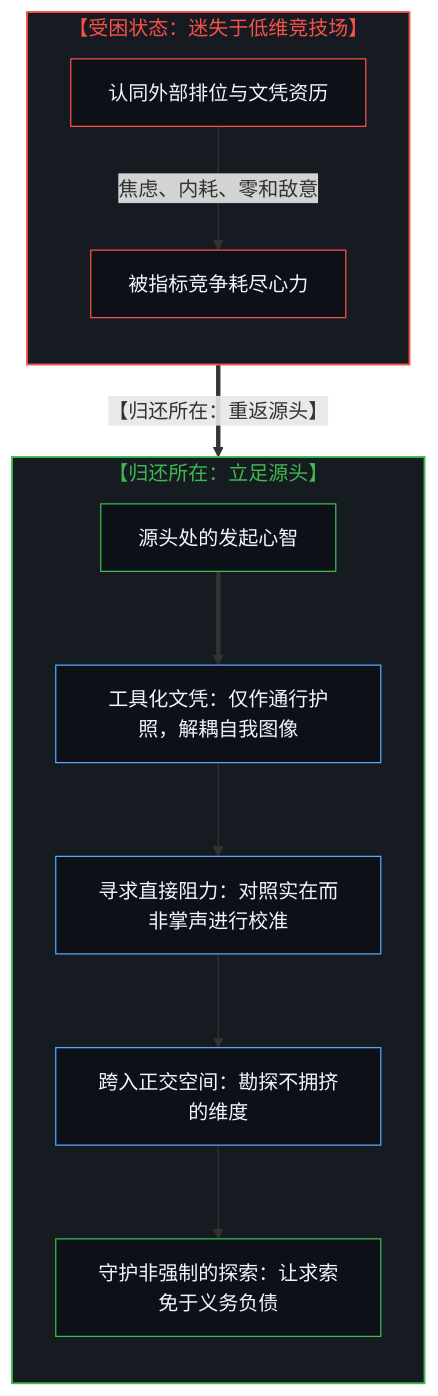
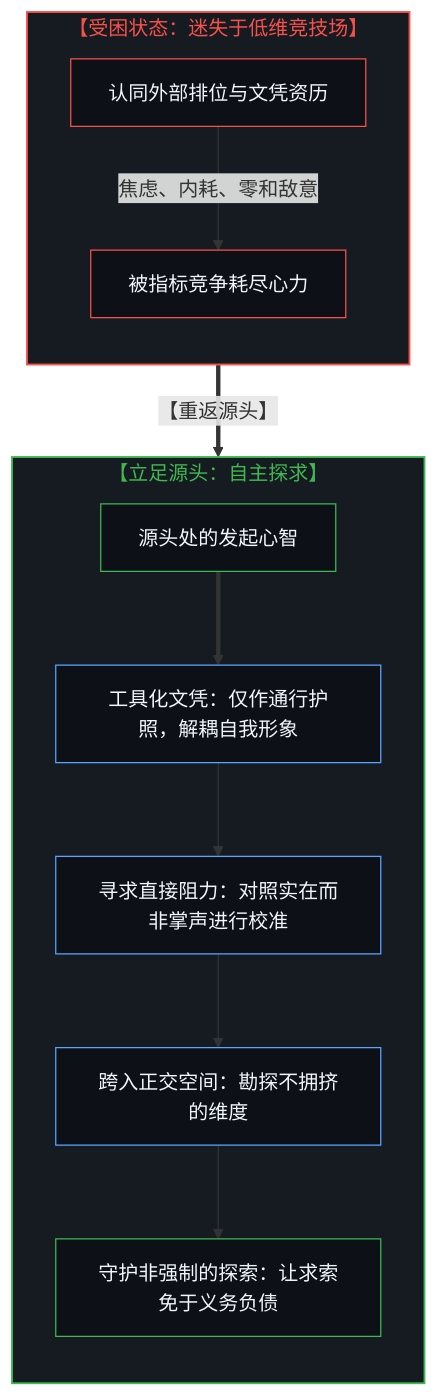
Before and after one commit to powerpig99/not-a-toe: the ninth of 10 diagrams in content/posts/the-reversal-of-education-and-science.md, drawn with Mermaid. The commit also changed other lines of this file and 13 other files, not shown here.

````diff
--- a/content/posts/the-reversal-of-education-and-science.md
+++ b/content/posts/the-reversal-of-education-and-science.md
@@ -397,31 +397,31 @@
 ```mermaid
 flowchart TD
     subgraph S_Trap["【受困状态：迷失于低维竞技场】"]
         direction TB
         TrapMind["认同外部排位与文凭资历"]
         Misery["被指标竞争耗尽心力"]
         TrapMind -->|"焦虑、内耗、零和敌意"| Misery
     end
-    S_Trap ==>|"【归还所在：重返源头】"| S_Sovereign
-    subgraph S_Sovereign["【归还所在：立足源头】"]
+    S_Trap ==>|"【重返源头】"| S_Sovereign
+    subgraph S_Sovereign["【立足源头：自主探求】"]
         direction TB
         SovereignMind["源头处的发起心智"]
-        Step1["工具化文凭：仅作通行护照，解耦自我图像"]
+        Step1["工具化文凭：仅作通行护照，解耦自我形象"]
         Step2["寻求直接阻力：对照实在而非掌声进行校准"]
         Step3["跨入正交空间：勘探不拥挤的维度"]
         Step4["守护非强制的探索：让求索免于义务负债"]
         SovereignMind ==> Step1
         Step1 --> Step2
         Step2 --> Step3
         Step3 --> Step4
     end
     style S_Trap fill:#161b22,stroke:#f85149,stroke-width:1.5px,color:#f85149
     style S_Sovereign fill:#161b22,stroke:#3fb950,stroke-width:1.5px,color:#3fb950
     style TrapMind fill:#0d1117,stroke:#f85149,stroke-width:1px,color:#f0f6fc
     style Misery fill:#0d1117,stroke:#f85149,stroke-width:1px,color:#f0f6fc
     style SovereignMind fill:#0d1117,stroke:#3fb950,stroke-width:1px,color:#f0f6fc
     style Step1 fill:#0d1117,stroke:#58a6ff,stroke-width:1px,color:#f0f6fc
     style Step2 fill:#0d1117,stroke:#58a6ff,stroke-width:1px,color:#f0f6fc
     style Step3 fill:#0d1117,stroke:#58a6ff,stroke-width:1px,color:#f0f6fc
     style Step4 fill:#0d1117,stroke:#3fb950,stroke-width:1px,color:#f0f6fc
 ```
````
